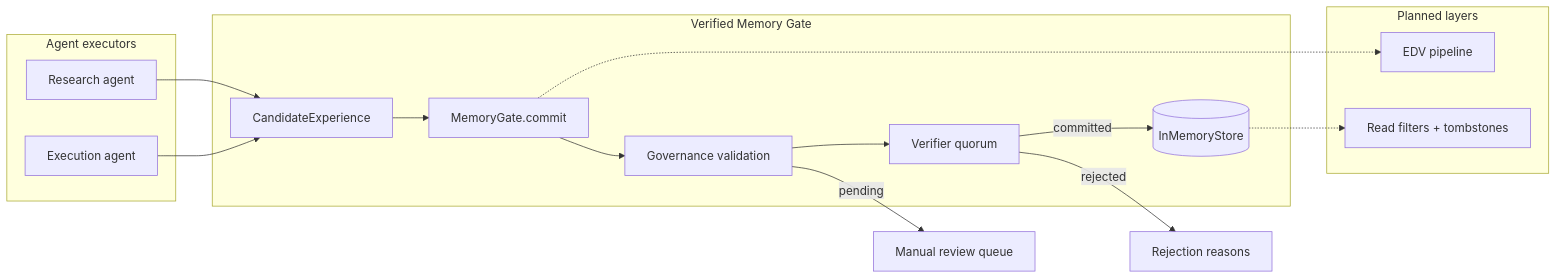
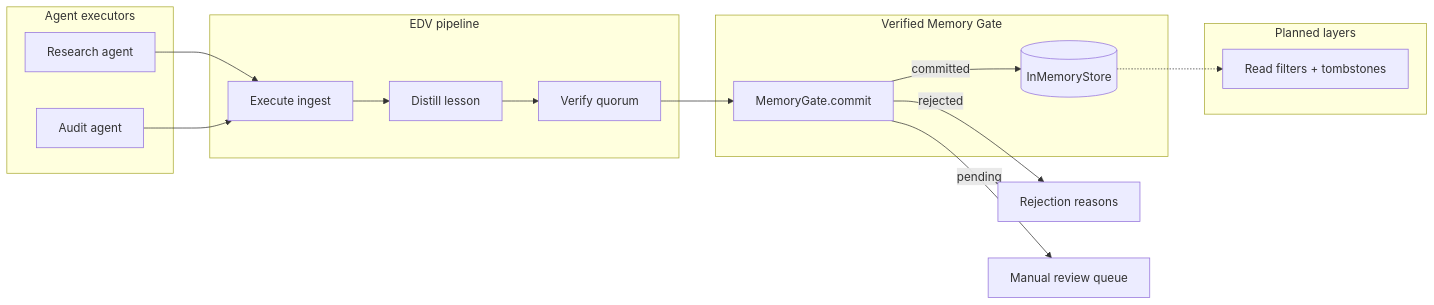
The diagram in README.md (mastroke/verified-memory-gate), drawn with Mermaid before and after one commit. The commit also changed other lines of this file and 1 other file, not shown here.

First line of the commit message:
Document EDV pipeline as mandatory commit path in ADR 0003

````diff
--- a/README.md
+++ b/README.md
@@ -9,31 +9,32 @@
 ```mermaid
 flowchart LR
     subgraph agents [Agent executors]
         A1[Research agent]
-        A2[Execution agent]
+        A2[Audit agent]
+    end
+
+    subgraph edv [EDV pipeline]
+        EX[Execute ingest]
+        DI[Distill lesson]
+        VE[Verify quorum]
     end
 
     subgraph gate [Verified Memory Gate]
-        CE[CandidateExperience]
         MG[MemoryGate.commit]
-        VAL[Governance validation]
-        VER[Verifier quorum]
         ST[(InMemoryStore)]
     end
 
     subgraph future [Planned layers]
-        EDV[EDV pipeline]
         ACL[Read filters + tombstones]
     end
 
-    A1 --> CE
-    A2 --> CE
-    CE --> MG
-    MG --> VAL
-    VAL --> VER
-    VER -->|committed| ST
-    VER -->|rejected| REJ[Rejection reasons]
-    VAL -->|pending| REV[Manual review queue]
-    MG -.-> EDV
+    A1 --> EX
+    A2 --> EX
+    EX --> DI
+    DI --> VE
+    VE --> MG
+    MG -->|committed| ST
+    MG -->|rejected| REJ[Rejection reasons]
+    MG -->|pending| REV[Manual review queue]
     ST -.-> ACL
 ```
````
